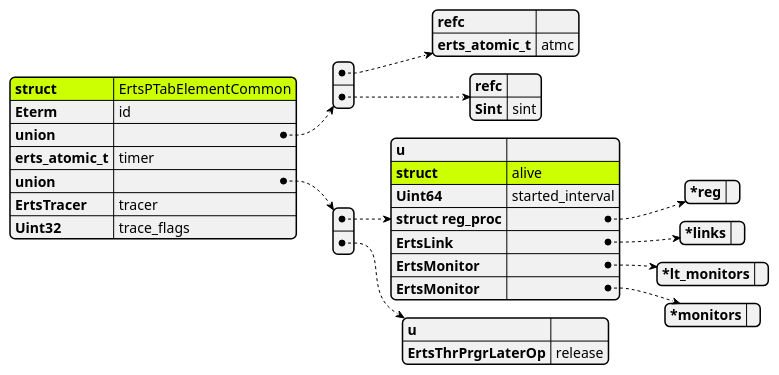
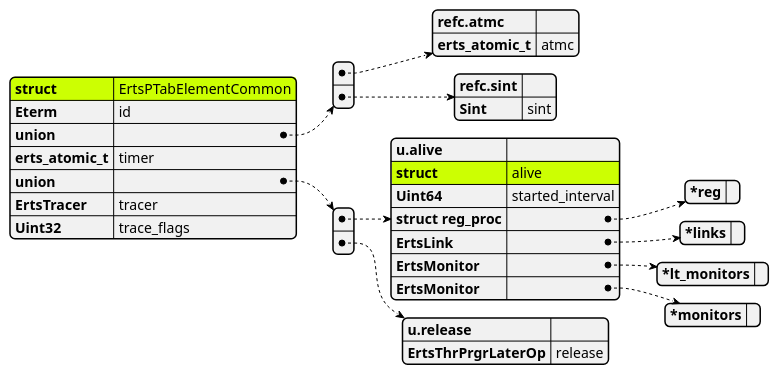
The second of 4 diagrams in data.md (ohr486/ErlHG), drawn with PlantUML before and after one commit. The commit also changed other lines of this file, not shown here.

Commit message:
update union pointer

````diff
--- a/data.md
+++ b/data.md
@@ -66,36 +66,36 @@
 ```plantuml
 @startjson
 #highlight "struct"
 #highlight "union" / "0" / "struct"
 {
     "struct": "ErtsPTabElementCommon",
     "Eterm": "id",
     "union": [ 
             {
-                "refc": "",
+                "refc.atmc": "",
                 "erts_atomic_t": "atmc"
             },
             {
-                "refc": "",
+                "refc.sint": "",
                 "Sint": "sint"
             }
     ],
     "erts_atomic_t": "timer",
     "union": [{
-        "u": "",
+        "u.alive": "",
         "struct": "alive",
         "Uint64": "started_interval",
         "struct reg_proc": {"*reg": ""},
         "ErtsLink": {"*links": ""},
         "ErtsMonitor": {"*lt_monitors": ""},
         "ErtsMonitor": {"*monitors": ""}
     },
     {
-        "u": "",
+        "u.release": "",
         "ErtsThrPrgrLaterOp": "release"
     }],
     "ErtsTracer": "tracer",
     "Uint32": "trace_flags"
 }
 @endjson
 ```
````
